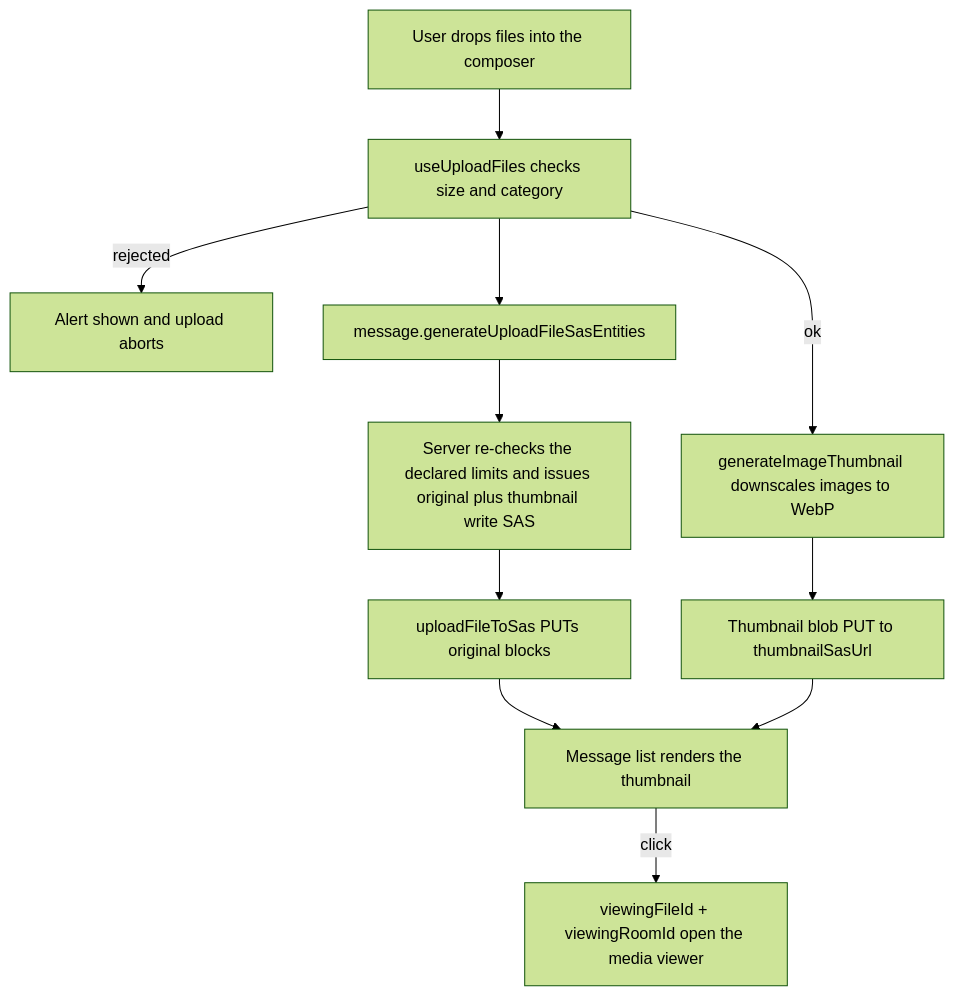
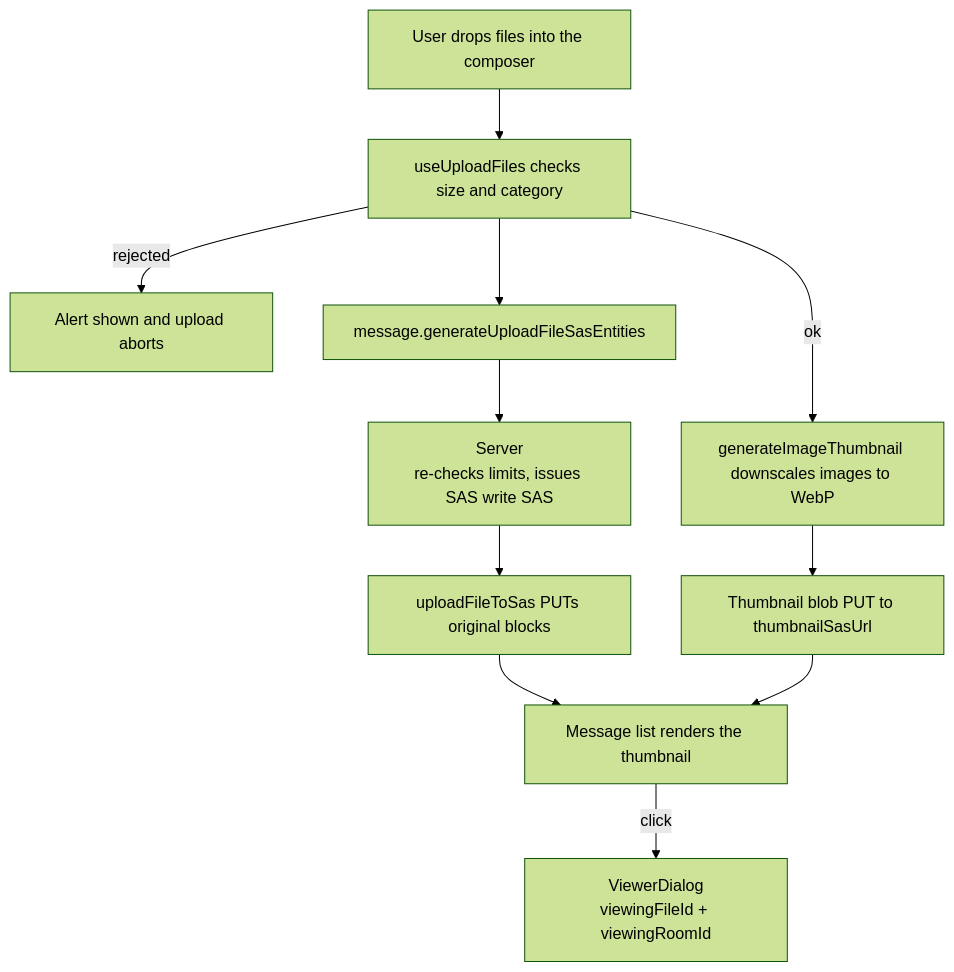
Before and after one commit to Esposter/Esposter: the diagram in openspec/specs/esbabbler/file-media/design.md, drawn with Mermaid (forest theme). The commit also changed 4 other files, not shown here.

````diff
--- a/openspec/specs/esbabbler/file-media/design.md
+++ b/openspec/specs/esbabbler/file-media/design.md
@@ -22,13 +22,13 @@
 ```mermaid
 flowchart TD
   drop[User drops files into the composer] --> validate[useUploadFiles checks size and category]
   validate -->|rejected| alert[Alert shown and upload aborts]
   validate -->|ok| thumb[generateImageThumbnail downscales images to WebP]
   validate --> sas[message.generateUploadFileSasEntities]
-  sas --> enforce[Server re-checks the declared limits and issues original plus thumbnail write SAS]
+  sas --> enforce[Server<br/>re-checks limits, issues SAS write SAS]
   enforce --> upload[uploadFileToSas PUTs original blocks]
   thumb --> upthumb[Thumbnail blob PUT to thumbnailSasUrl]
   upload --> render[Message list renders the thumbnail]
   upthumb --> render
-  render -->|click| viewer["viewingFileId + viewingRoomId open the media viewer"]
+  render -->|click| viewer["ViewerDialog<br/>viewingFileId + viewingRoomId"]
 ```
````
